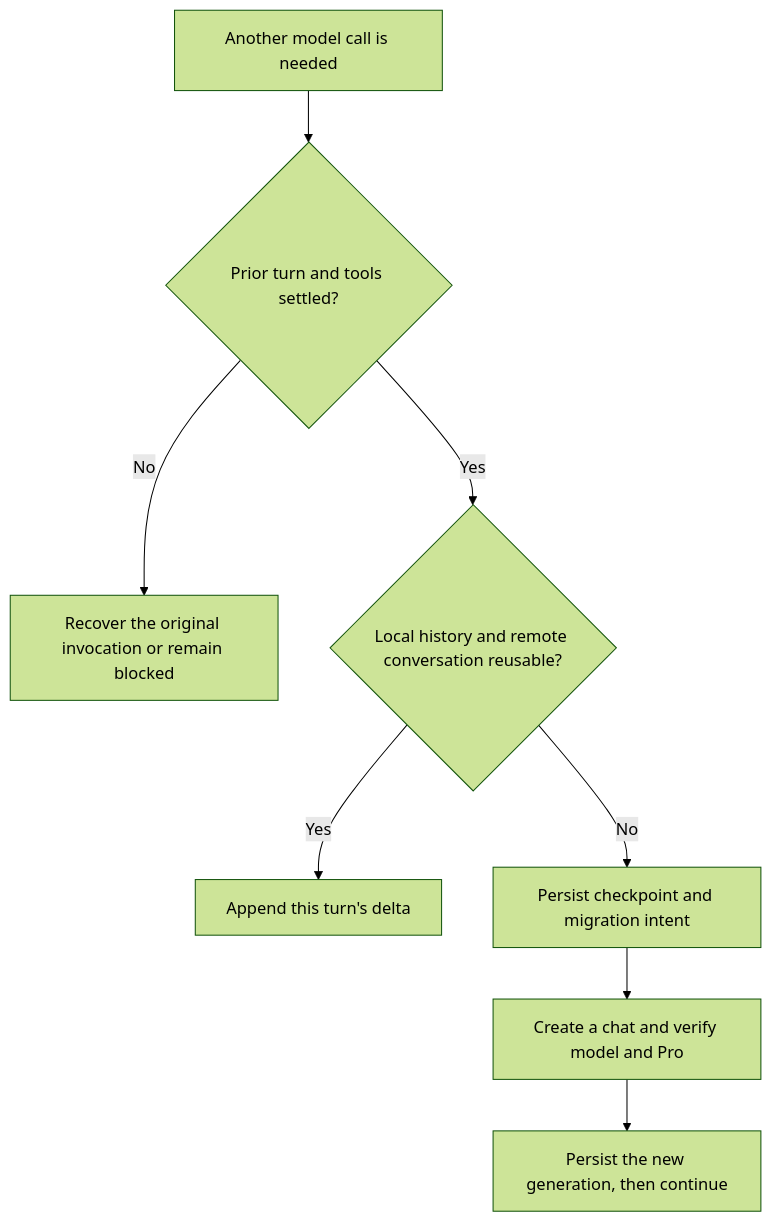
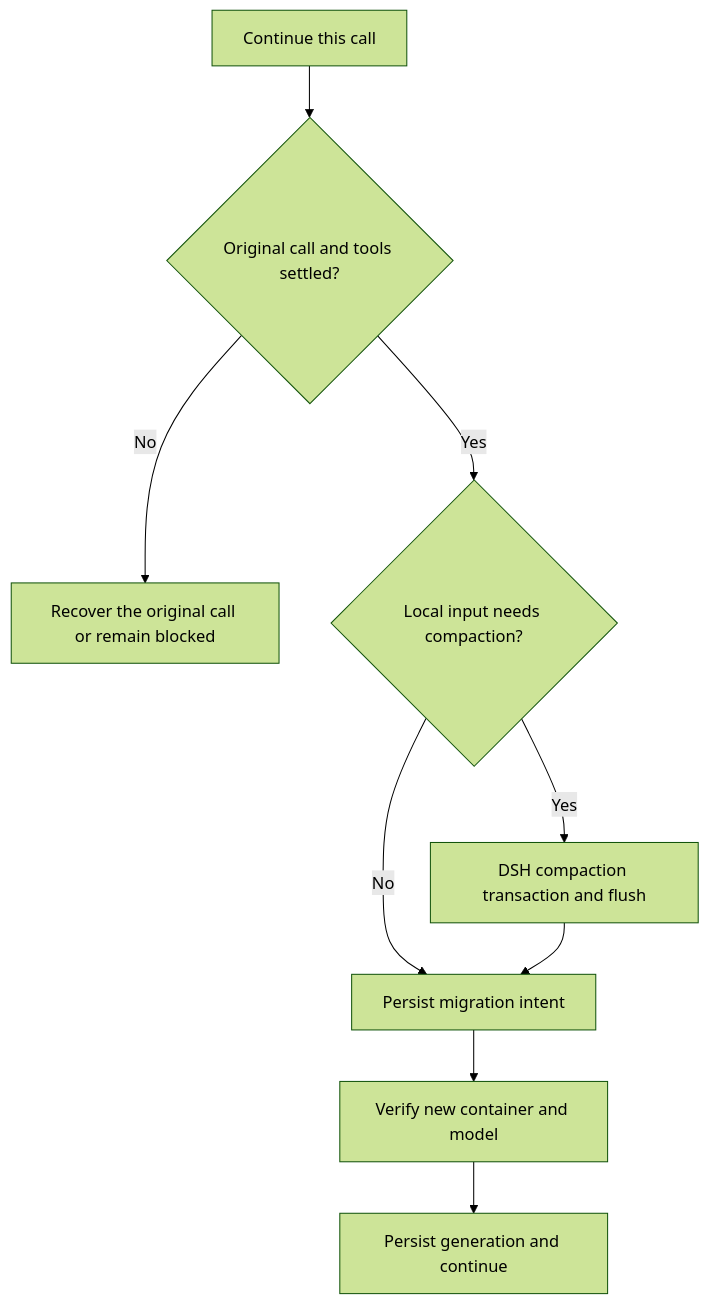
Before and after one commit to ckanner/flywheel: the second of 2 diagrams in docs/plans/2026-11-17-chatgpt-web-provider.en.md, drawn with Mermaid (forest theme). The commit also changed other lines of this file and 4 other files, not shown here.

Commit message:
docs: redesign Web Pro as a native ChatGPT plugin model

````diff
--- a/docs/plans/2026-11-17-chatgpt-web-provider.en.md
+++ b/docs/plans/2026-11-17-chatgpt-web-provider.en.md
@@ -335,10 +290,11 @@
 ```mermaid
 flowchart TD
-  A["Another model call is needed"] --> B{"Prior turn and tools settled?"}
-  B -->|"No"| C["Recover the original invocation or remain blocked"]
-  B -->|"Yes"| D{"Local history and remote conversation reusable?"}
-  D -->|"Yes"| E["Append this turn's delta"]
-  D -->|"No"| F["Persist checkpoint and migration intent"]
-  F --> G["Create a chat and verify model and Pro"]
-  G --> H["Persist the new generation, then continue"]
+  A["Continue this call"] --> B{"Original call and tools settled?"}
+  B -->|"No"| C["Recover the original call or remain blocked"]
+  B -->|"Yes"| D{"Local input needs compaction?"}
+  D -->|"Yes"| E["DSH compaction transaction and flush"]
+  D -->|"No"| F["Persist migration intent"]
+  E --> F
+  F --> G["Verify new container and model"]
+  G --> H["Persist generation and continue"]
 ```
````
